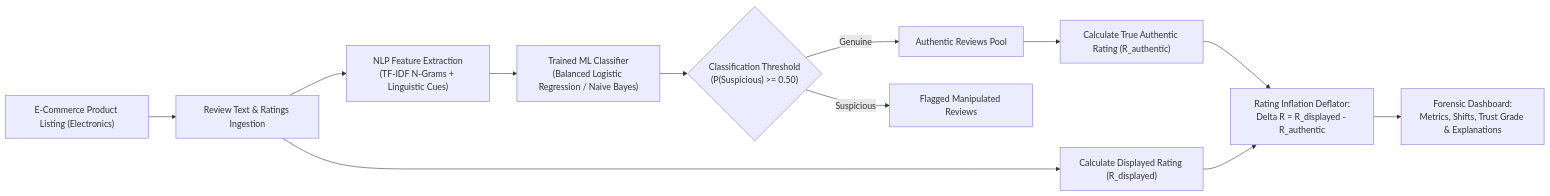
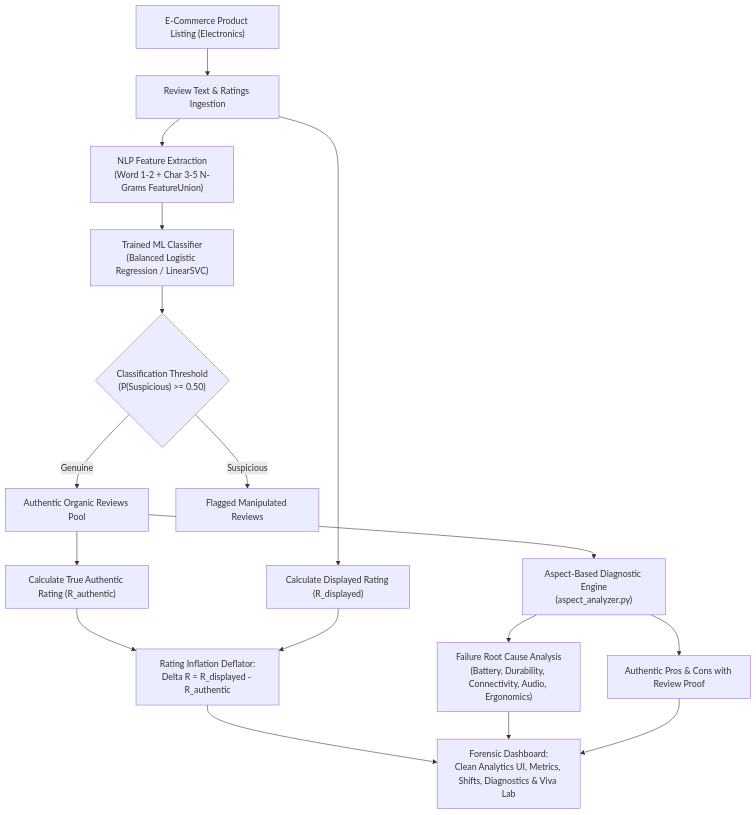
Before and after one commit to faizaan1845-wq/AIML-PROJECT-SEM3: the diagram in PROJECT_REPORT_AND_VIVA.md, drawn with Mermaid. The commit also changed other lines of this file and 10 other files, not shown here.

Commit message:
feat: add product failure root cause diagnostics, authentic pros/cons engine, accuracy improvements, and clean analytics UI

````diff
--- a/PROJECT_REPORT_AND_VIVA.md
+++ b/PROJECT_REPORT_AND_VIVA.md
@@ -23,14 +27,19 @@
 ```mermaid
-flowchart LR
+flowchart TD
     A["E-Commerce Product Listing (Electronics)"] --> B["Review Text & Ratings Ingestion"]
-    B --> C["NLP Feature Extraction\n(TF-IDF N-Grams + Linguistic Cues)"]
-    C --> D["Trained ML Classifier\n(Balanced Logistic Regression / Naive Bayes)"]
+    B --> C["NLP Feature Extraction\n(Word 1-2 + Char 3-5 N-Grams FeatureUnion)"]
+    C --> D["Trained ML Classifier\n(Balanced Logistic Regression / LinearSVC)"]
     D --> E{"Classification Threshold\n(P(Suspicious) >= 0.50)"}
-    E -- Genuine --> F["Authentic Reviews Pool"]
+    E -- Genuine --> F["Authentic Organic Reviews Pool"]
     E -- Suspicious --> G["Flagged Manipulated Reviews"]
     F --> H["Calculate True Authentic Rating (R_authentic)"]
     B --> I["Calculate Displayed Rating (R_displayed)"]
     H --> J["Rating Inflation Deflator:\nDelta R = R_displayed - R_authentic"]
     I --> J
-    J --> K["Forensic Dashboard:\nMetrics, Shifts, Trust Grade & Explanations"]
+    F --> K["Aspect-Based Diagnostic Engine\n(aspect_analyzer.py)"]
+    K --> L["Failure Root Cause Analysis\n(Battery, Durability, Connectivity, Audio, Ergonomics)"]
+    K --> M["Authentic Pros & Cons with Review Proof"]
+    J --> N["Forensic Dashboard:\nClean Analytics UI, Metrics, Shifts, Diagnostics & Viva Lab"]
+    L --> N
+    M --> N
 ```
````
